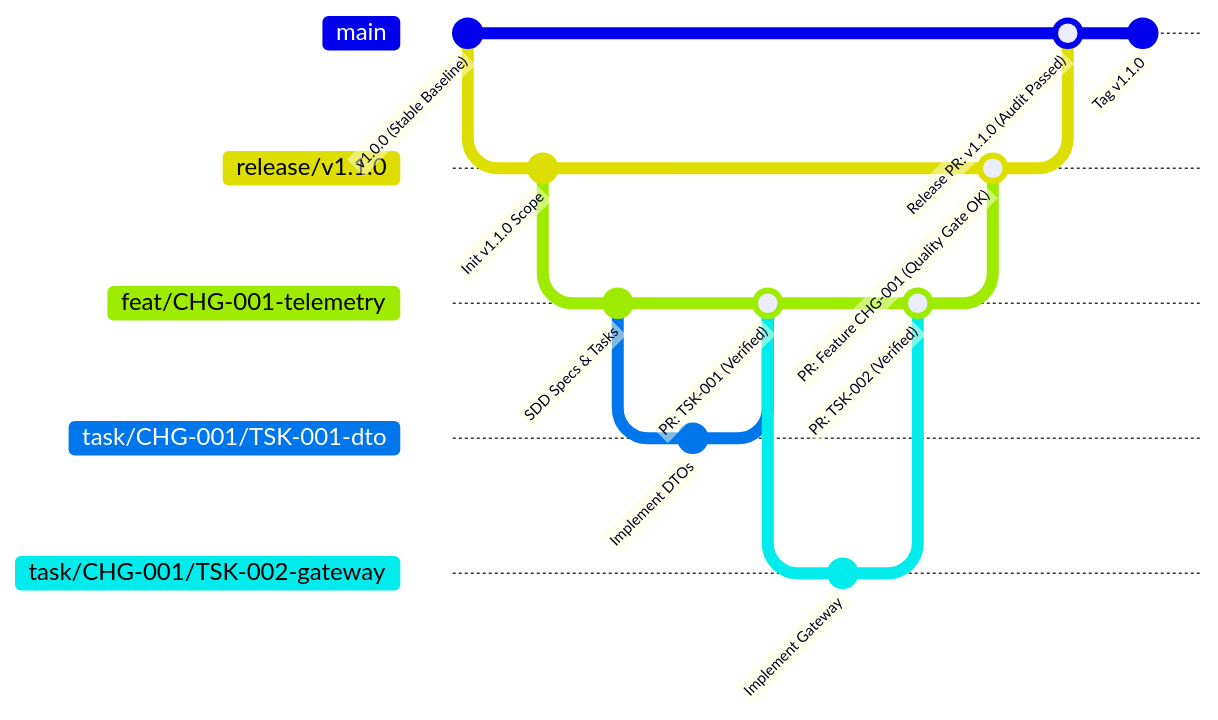
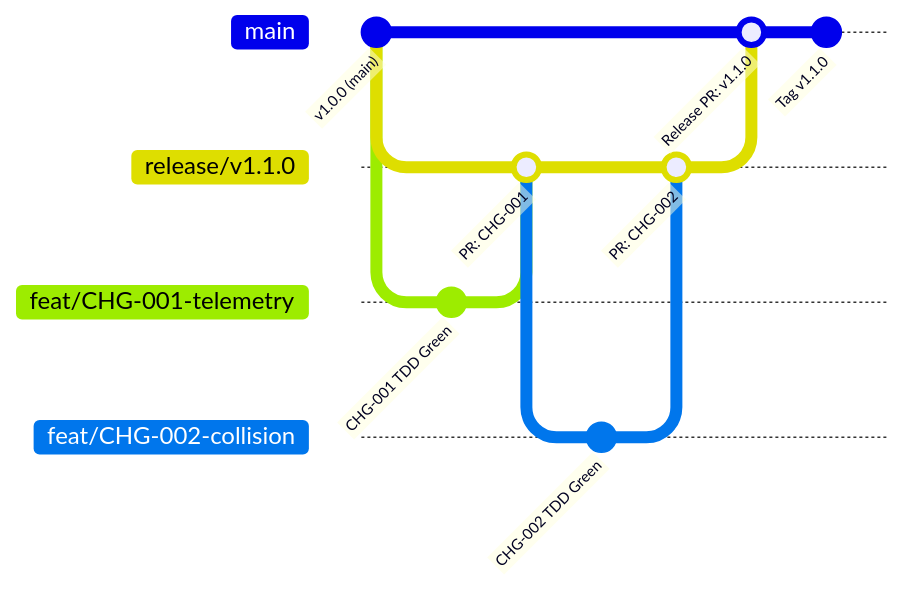
One commit to altromon/AI-SDLC changed the second of 2 diagrams in process/11_git_branching_and_lifecycle.md. Above: the diagram before and after it, drawn with Mermaid. The commit also changed other lines of this file and 106 other files, not shown here.

Commit message:
feat(framework)!: streamline 2-tier topology, 2-checkpoint architecture, and rework KPI (v4.0.0) (#187)

````diff
--- a/process/11_git_branching_and_lifecycle.md
+++ b/process/11_git_branching_and_lifecycle.md
@@ -76,30 +84,19 @@
 ```mermaid
 gitGraph
-    commit id: "v1.0.0 (Stable Baseline)"
-    branch release/v1.1.0 order: 1
+    commit id: "v1.0.0 (main)"
+    branch release/v1.1.0
     checkout release/v1.1.0
-    commit id: "Init v1.1.0 Scope"
-
-    branch feat/CHG-001-telemetry order: 2
+    branch feat/CHG-001-telemetry
     checkout feat/CHG-001-telemetry
-    commit id: "SDD Specs & Tasks"
-
-    branch task/CHG-001/TSK-001-dto order: 3
-    checkout task/CHG-001/TSK-001-dto
-    commit id: "Implement DTOs"
-    checkout feat/CHG-001-telemetry
-    merge task/CHG-001/TSK-001-dto id: "PR: TSK-001 (Verified)"
-
-    branch task/CHG-001/TSK-002-gateway order: 3
-    checkout task/CHG-001/TSK-002-gateway
-    commit id: "Implement Gateway"
-    checkout feat/CHG-001-telemetry
-    merge task/CHG-001/TSK-002-gateway id: "PR: TSK-002 (Verified)"
-
+    commit id: "CHG-001 TDD Green"
     checkout release/v1.1.0
-    merge feat/CHG-001-telemetry id: "PR: Feature CHG-001 (Quality Gate OK)"
-
+    merge feat/CHG-001-telemetry id: "PR: CHG-001"
+    branch feat/CHG-002-collision
+    checkout feat/CHG-002-collision
+    commit id: "CHG-002 TDD Green"
+    checkout release/v1.1.0
+    merge feat/CHG-002-collision id: "PR: CHG-002"
     checkout main
-    merge release/v1.1.0 id: "Release PR: v1.1.0 (Audit Passed)"
+    merge release/v1.1.0 id: "Release PR: v1.1.0"
     commit id: "Tag v1.1.0"
 ```
````
